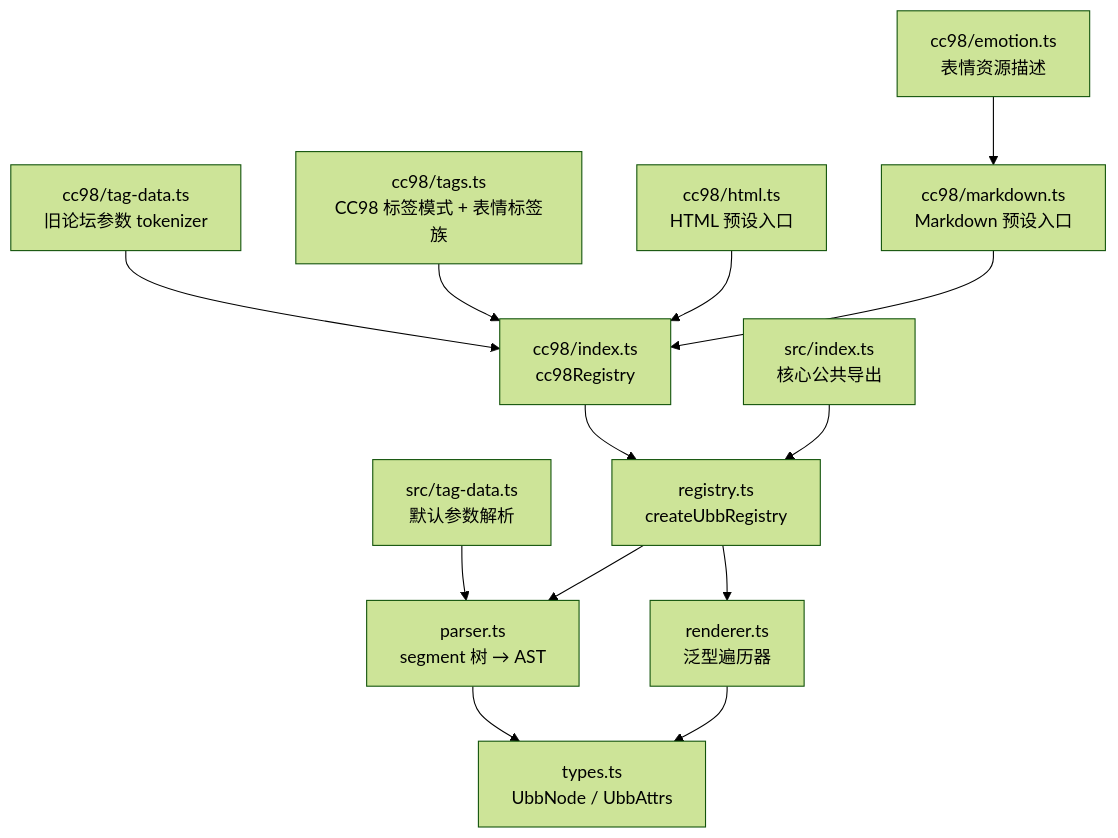
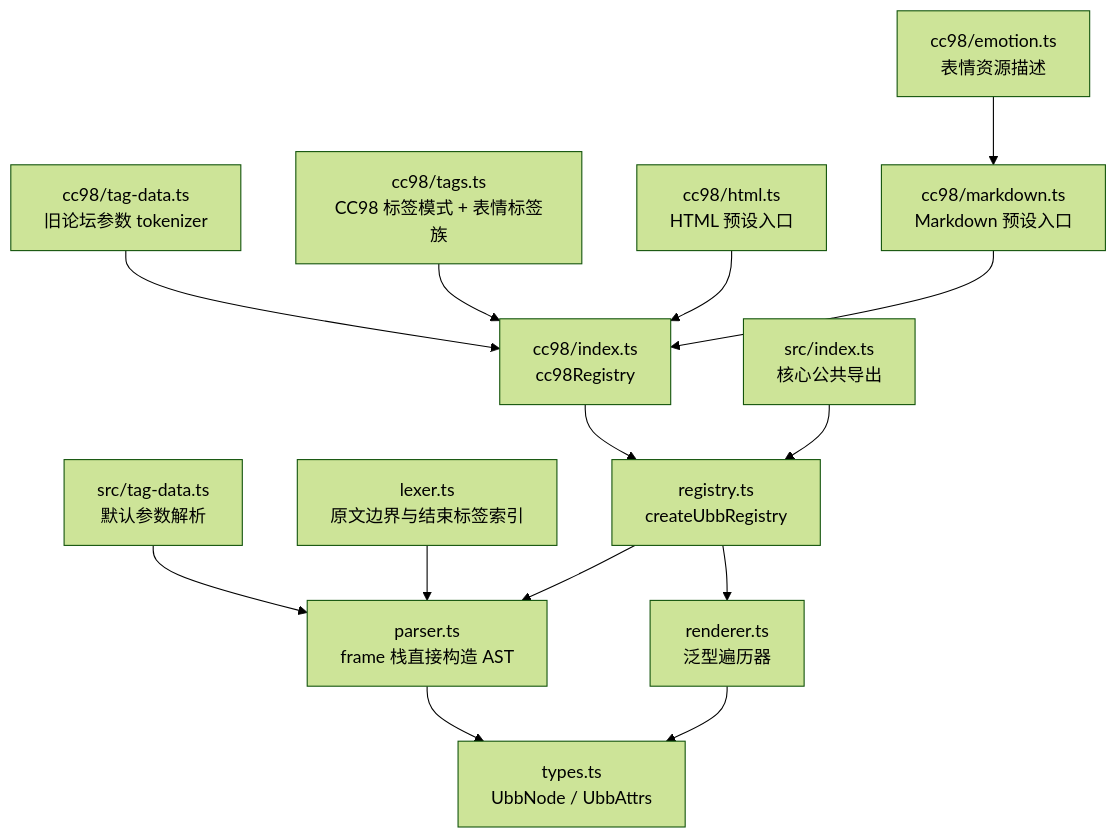
Before and after one commit to shellRaining/cc98: the first of 2 diagrams in packages/ubb/ARCHITECTURE.md, drawn with Mermaid (forest theme). The commit also changed other lines of this file and 35 other files, not shown here.

````diff
--- a/packages/ubb/ARCHITECTURE.md
+++ b/packages/ubb/ARCHITECTURE.md
@@ -7,27 +7,29 @@
 ```mermaid
 graph TD
   types["types.ts<br/>UbbNode / UbbAttrs"]
   tagData["src/tag-data.ts<br/>默认参数解析"]
   cc98Data["cc98/tag-data.ts<br/>旧论坛参数 tokenizer"]
   tags["cc98/tags.ts<br/>CC98 标签模式 + 表情标签族"]
-  parser["parser.ts<br/>segment 树 → AST"]
+   lexer["lexer.ts<br/>原文边界与结束标签索引"]
+   parser["parser.ts<br/>frame 栈直接构造 AST"]
   registry["registry.ts<br/>createUbbRegistry"]
   renderer["renderer.ts<br/>泛型遍历器"]
   emotion["cc98/emotion.ts<br/>表情资源描述"]
   toHtml["cc98/html.ts<br/>HTML 预设入口"]
   toMarkdown["cc98/markdown.ts<br/>Markdown 预设入口"]
   index["src/index.ts<br/>核心公共导出"]
 
-  tagData --> parser
+   tagData --> parser
+   lexer --> parser
   cc98Data --> cc98["cc98/index.ts<br/>cc98Registry"]
   tags --> cc98
   cc98 --> registry
   parser --> types
   registry --> parser
   registry --> renderer
   renderer --> types
   emotion --> toMarkdown
   toHtml --> cc98
   toMarkdown --> cc98
   index --> registry
 ```
````
